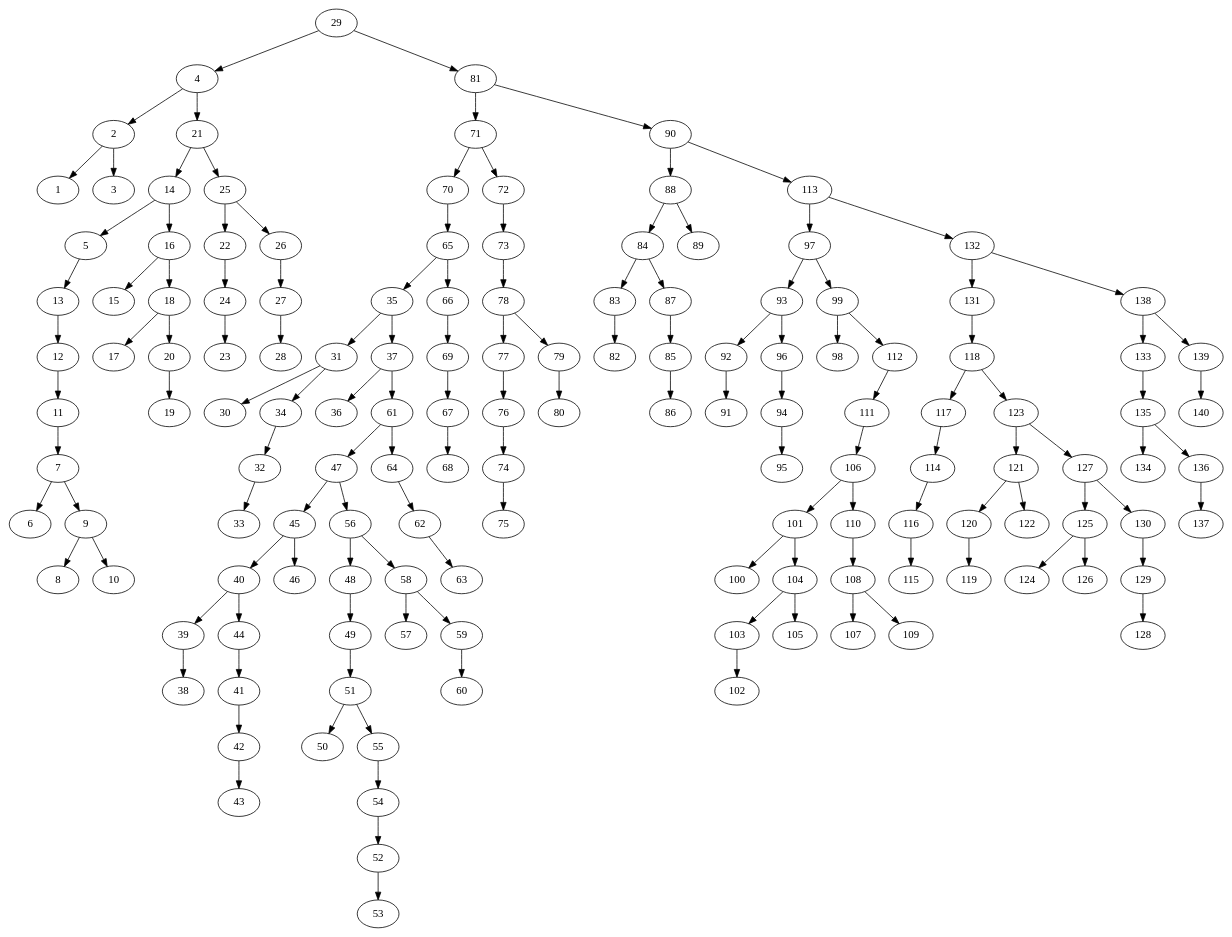
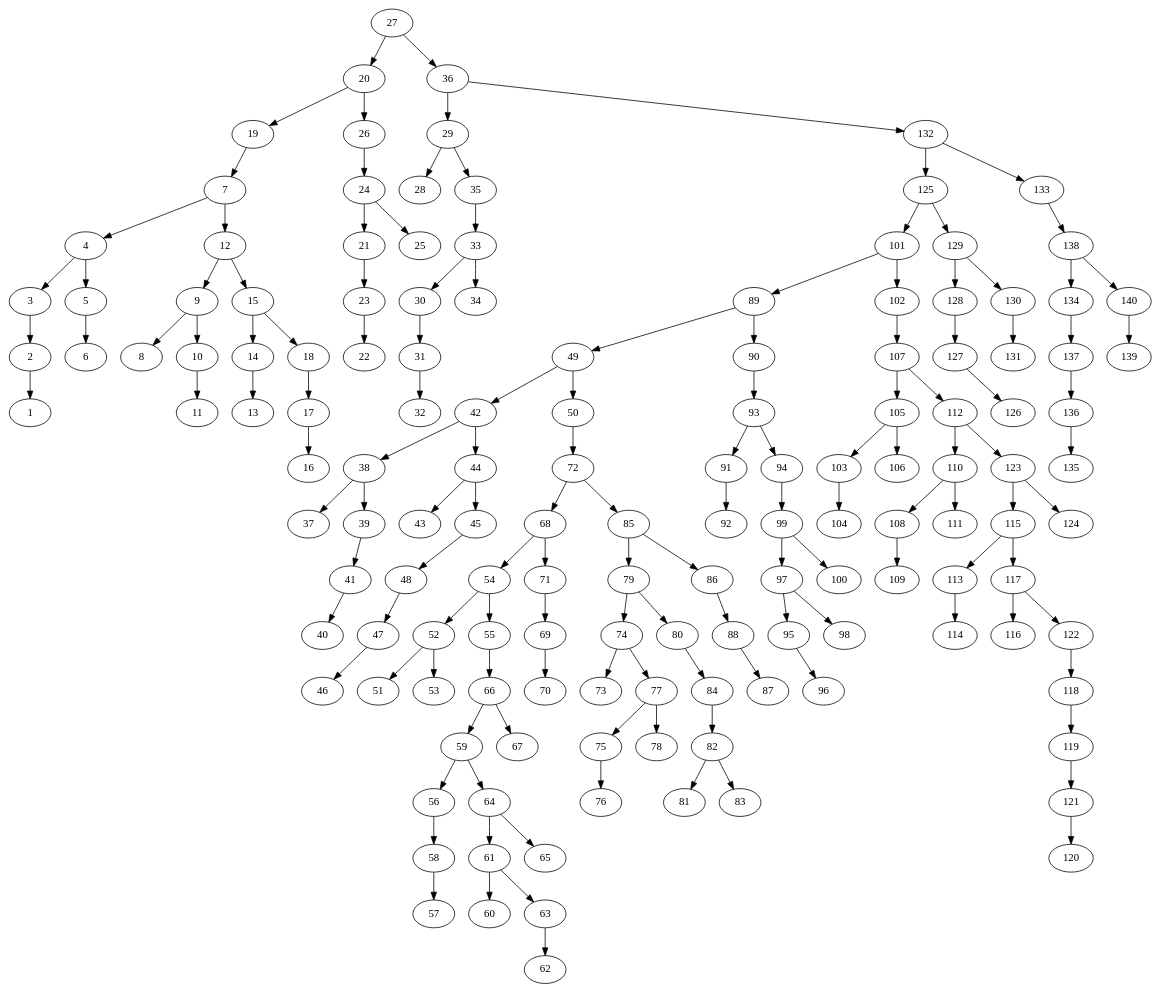
The diagram in TP3/random.dot (ejovo13/DSA_TP1), drawn with Graphviz before and after one commit. The commit also changed 15 other files, not shown here.

```diff
--- a/TP3/random.dot
+++ b/TP3/random.dot
@@ -1,142 +1,142 @@
 digraph {
-  29 -> { 4 81 }
-  4 -> { 2 21 }
-  2 -> { 1 3 }
+  27 -> { 20 36 }
+  20 -> { 19 26 }
+  19 -> 7
+  7 -> { 4 12 }
+  4 -> { 3 5 }
+  3 -> 2
+  2 -> 1
   1
-  3
-  21 -> { 14 25 }
-  14 -> { 5 16 }
-  5 -> 13
-  13 -> 12
-  12 -> 11
-  11 -> 7
-  7 -> { 6 9 }
+  5 -> 6
   6
+  12 -> { 9 15 }
   9 -> { 8 10 }
   8
-  10
-  16 -> { 15 18 }
-  15
-  18 -> { 17 20 }
-  17
-  20 -> 19
-  19
-  25 -> { 22 26 }
-  22 -> 24
-  24 -> 23
-  23
-  26 -> 27
-  27 -> 28
+  10 -> 11
+  11
+  15 -> { 14 18 }
+  14 -> 13
+  13
+  18 -> 17
+  17 -> 16
+  16
+  26 -> 24
+  24 -> { 21 25 }
+  21 -> 23
+  23 -> 22
+  22
+  25
+  36 -> { 29 132 }
+  29 -> { 28 35 }
   28
-  81 -> { 71 90 }
-  71 -> { 70 72 }
-  70 -> 65
-  65 -> { 35 66 }
-  35 -> { 31 37 }
-  31 -> { 30 34 }
-  30
-  34 -> 32
-  32 -> 33
-  33
-  37 -> { 36 61 }
-  36
-  61 -> { 47 64 }
-  47 -> { 45 56 }
-  45 -> { 40 46 }
-  40 -> { 39 44 }
-  39 -> 38
-  38
-  44 -> 41
-  41 -> 42
-  42 -> 43
+  35 -> 33
+  33 -> { 30 34 }
+  30 -> 31
+  31 -> 32
+  32
+  34
+  132 -> { 125 133 }
+  125 -> { 101 129 }
+  101 -> { 89 102 }
+  89 -> { 49 90 }
+  49 -> { 42 50 }
+  42 -> { 38 44 }
+  38 -> { 37 39 }
+  37
+  39 -> 41
+  41 -> 40
+  40
+  44 -> { 43 45 }
   43
+  45 -> 48
+  48 -> 47
+  47 -> 46
   46
-  56 -> { 48 58 }
-  48 -> 49
-  49 -> 51
-  51 -> { 50 55 }
-  50
-  55 -> 54
-  54 -> 52
-  52 -> 53
+  50 -> 72
+  72 -> { 68 85 }
+  68 -> { 54 71 }
+  54 -> { 52 55 }
+  52 -> { 51 53 }
+  51
   53
-  58 -> { 57 59 }
+  55 -> 66
+  66 -> { 59 67 }
+  59 -> { 56 64 }
+  56 -> 58
+  58 -> 57
   57
-  59 -> 60
+  64 -> { 61 65 }
+  61 -> { 60 63 }
   60
-  64 -> 62
-  62 -> 63
-  63
-  66 -> 69
-  69 -> 67
-  67 -> 68
-  68
-  72 -> 73
-  73 -> 78
-  78 -> { 77 79 }
-  77 -> 76
-  76 -> 74
-  74 -> 75
-  75
-  79 -> 80
-  80
-  90 -> { 88 113 }
-  88 -> { 84 89 }
-  84 -> { 83 87 }
-  83 -> 82
-  82
-  87 -> 85
-  85 -> 86
-  86
-  89
-  113 -> { 97 132 }
-  97 -> { 93 99 }
-  93 -> { 92 96 }
-  92 -> 91
-  91
-  96 -> 94
-  94 -> 95
-  95
-  99 -> { 98 112 }
+  63 -> 62
+  62
+  65
+  67
+  71 -> 69
+  69 -> 70
+  70
+  85 -> { 79 86 }
+  79 -> { 74 80 }
+  74 -> { 73 77 }
+  73
+  77 -> { 75 78 }
+  75 -> 76
+  76
+  78
+  80 -> 84
+  84 -> 82
+  82 -> { 81 83 }
+  81
+  83
+  86 -> 88
+  88 -> 87
+  87
+  90 -> 93
+  93 -> { 91 94 }
+  91 -> 92
+  92
+  94 -> 99
+  99 -> { 97 100 }
+  97 -> { 95 98 }
+  95 -> 96
+  96
   98
-  112 -> 111
-  111 -> 106
-  106 -> { 101 110 }
-  101 -> { 100 104 }
   100
-  104 -> { 103 105 }
-  103 -> 102
-  102
-  105
-  110 -> 108
-  108 -> { 107 109 }
-  107
+  102 -> 107
+  107 -> { 105 112 }
+  105 -> { 103 106 }
+  103 -> 104
+  104
+  106
+  112 -> { 110 123 }
+  110 -> { 108 111 }
+  108 -> 109
   109
-  132 -> { 131 138 }
-  131 -> 118
-  118 -> { 117 123 }
-  117 -> 114
-  114 -> 116
-  116 -> 115
-  115
-  123 -> { 121 127 }
-  121 -> { 120 122 }
-  120 -> 119
-  119
-  122
-  127 -> { 125 130 }
-  125 -> { 124 126 }
+  111
+  123 -> { 115 124 }
+  115 -> { 113 117 }
+  113 -> 114
+  114
+  117 -> { 116 122 }
+  116
+  122 -> 118
+  118 -> 119
+  119 -> 121
+  121 -> 120
+  120
   124
+  129 -> { 128 130 }
+  128 -> 127
+  127 -> 126
   126
-  130 -> 129
-  129 -> 128
-  128
-  138 -> { 133 139 }
-  133 -> 135
-  135 -> { 134 136 }
-  134
-  136 -> 137
-  137
-  139 -> 140
-  140
+  130 -> 131
+  131
+  133 -> 138
+  138 -> { 134 140 }
+  134 -> 137
+  137 -> 136
+  136 -> 135
+  135
+  140 -> 139
+  139
 }
```
